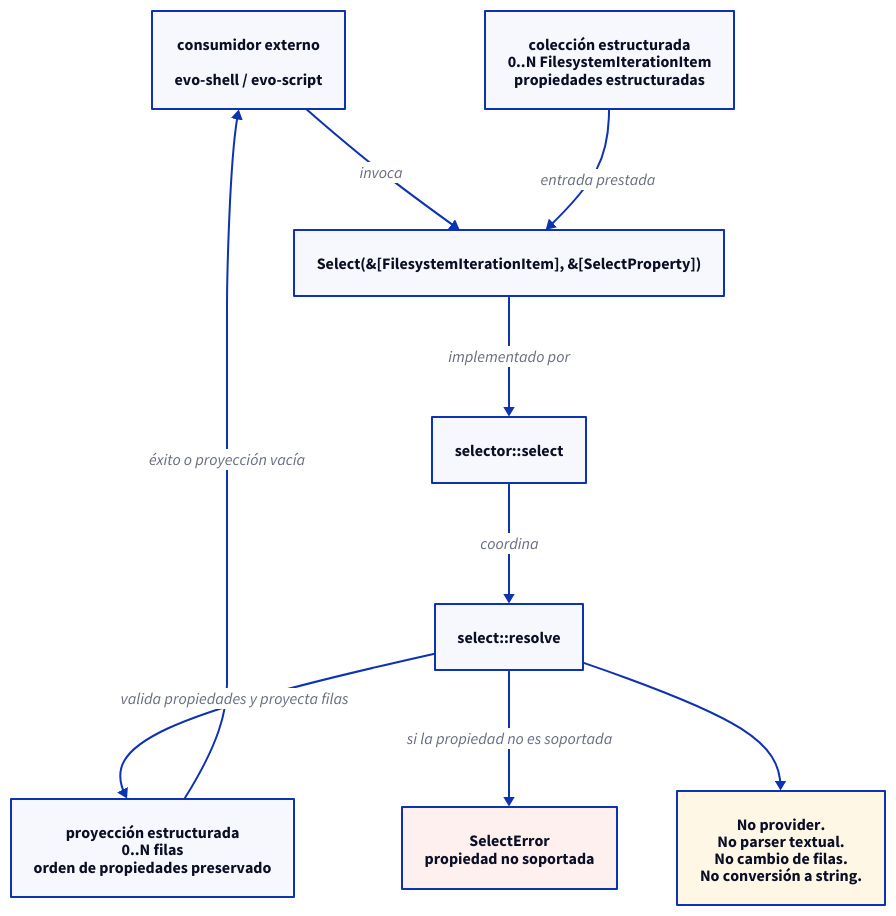
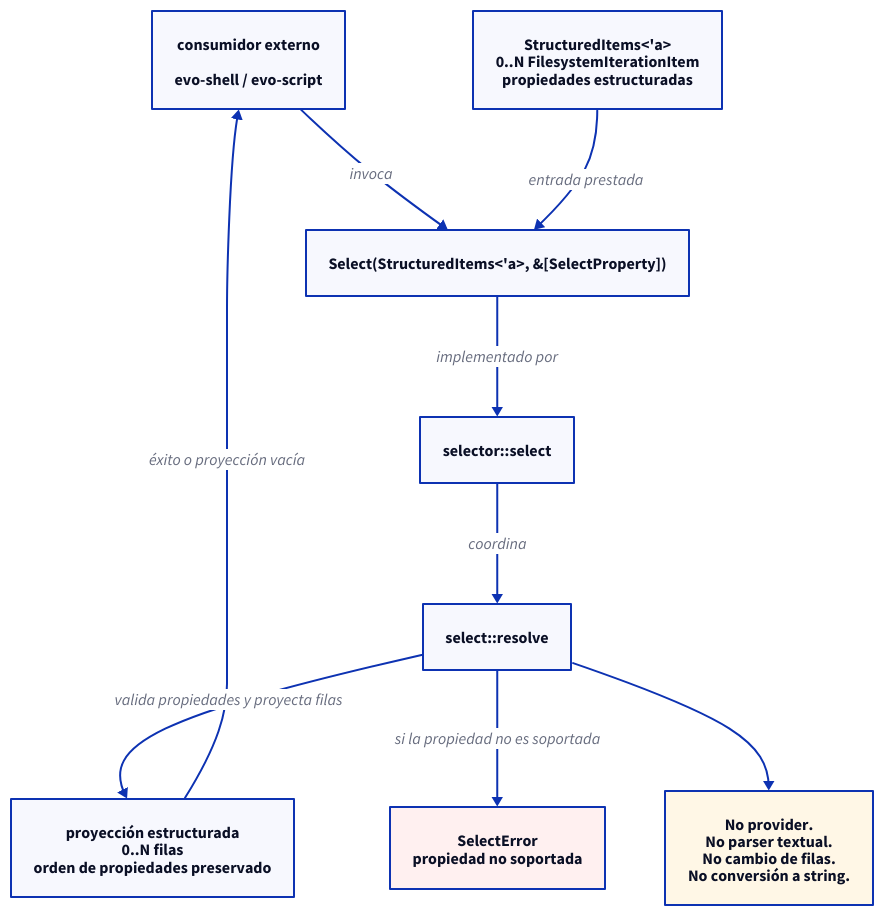
Before and after one commit to niqel/evolution: the diagram in evo-shell-engine/technical_documentation/use_cases/UC-005-select-structured-iteration-properties/sequence.d2, drawn with D2. The commit also changed 39 other files, not shown here.

Commit message:
feat: add structured iteration index and take

```diff
--- a/evo-shell-engine/technical_documentation/use_cases/UC-005-select-structured-iteration-properties/sequence.d2
+++ b/evo-shell-engine/technical_documentation/use_cases/UC-005-select-structured-iteration-properties/sequence.d2
@@ -1,45 +1,45 @@
 direction: down
 
 consumer: "consumidor externo\n\nevo-shell / evo-script" {
   shape: rectangle
 }
 
-use_case: "Select(&[FilesystemIterationItem], &[SelectProperty])" {
+use_case: "Select(StructuredItems<'a>, &[SelectProperty])" {
   shape: rectangle
 }
 
 agent: "selector::select" {
   shape: rectangle
 }
 
 resolver: "select::resolve" {
   shape: rectangle
 }
 
-input: "colección estructurada\n0..N FilesystemIterationItem\npropiedades estructuradas" {
+input: "StructuredItems<'a>\n0..N FilesystemIterationItem\npropiedades estructuradas" {
   shape: rectangle
 }
 
 projection: "proyección estructurada\n0..N filas\norden de propiedades preservado" {
   shape: rectangle
 }
 
 error: "SelectError\npropiedad no soportada" {
   shape: rectangle
   style.fill: "#fff0f0"
 }
 
 consumer -> use_case: "invoca"
 input -> use_case: "entrada prestada"
 use_case -> agent: "implementado por"
 agent -> resolver: "coordina"
 resolver -> projection: "valida propiedades y proyecta filas"
 resolver -> error: "si la propiedad no es soportada"
 projection -> consumer: "éxito o proyección vacía"
 
 note: "No provider.\nNo parser textual.\nNo cambio de filas.\nNo conversión a string." {
   shape: rectangle
   style.fill: "#fff7e6"
 }
 
 resolver -> note
```
